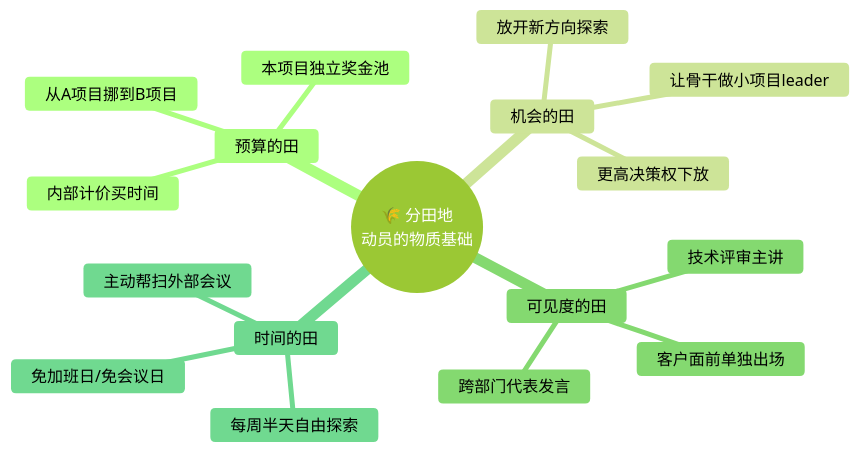
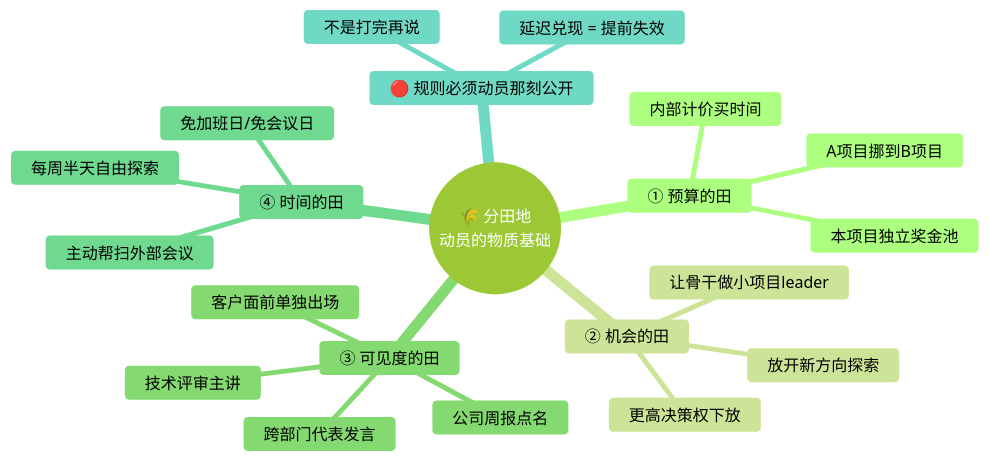
Before and after one commit to chongyang211/YCBookBlog: the ninth of 12 diagrams in packages/website/13.书籍/01.毛选实战心法/30.动员群众指导法.md, drawn with Mermaid (forest theme). The commit also changed other lines of this file and 10 other files, not shown here.

````diff
--- a/packages/website/13.书籍/01.毛选实战心法/30.动员群众指导法.md
+++ b/packages/website/13.书籍/01.毛选实战心法/30.动员群众指导法.md
@@ -265,20 +433,24 @@
 ```mermaid
 mindmap
   root(("🌾 分田地<br/>动员的物质基础"))
-    预算的田
-      从A项目挪到B项目
+    ① 预算的田
+      A项目挪到B项目
       本项目独立奖金池
       内部计价买时间
-    机会的田
+    ② 机会的田
       更高决策权下放
       让骨干做小项目leader
       放开新方向探索
-    可见度的田
+    ③ 可见度的田
       客户面前单独出场
       技术评审主讲
       跨部门代表发言
-    时间的田
+      公司周报点名
+    ④ 时间的田
       每周半天自由探索
       免加班日/免会议日
       主动帮扫外部会议
+    🔴 规则必须动员那刻公开
+      不是打完再说
+      延迟兑现 = 提前失效
 ```
````
